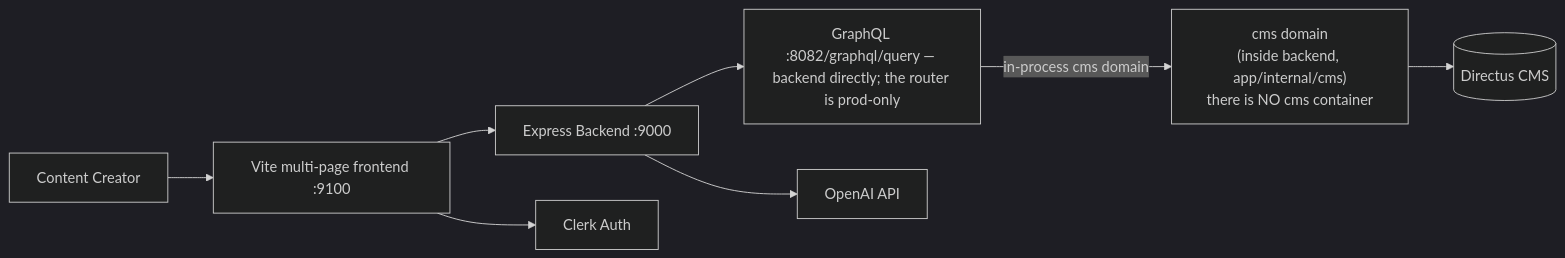
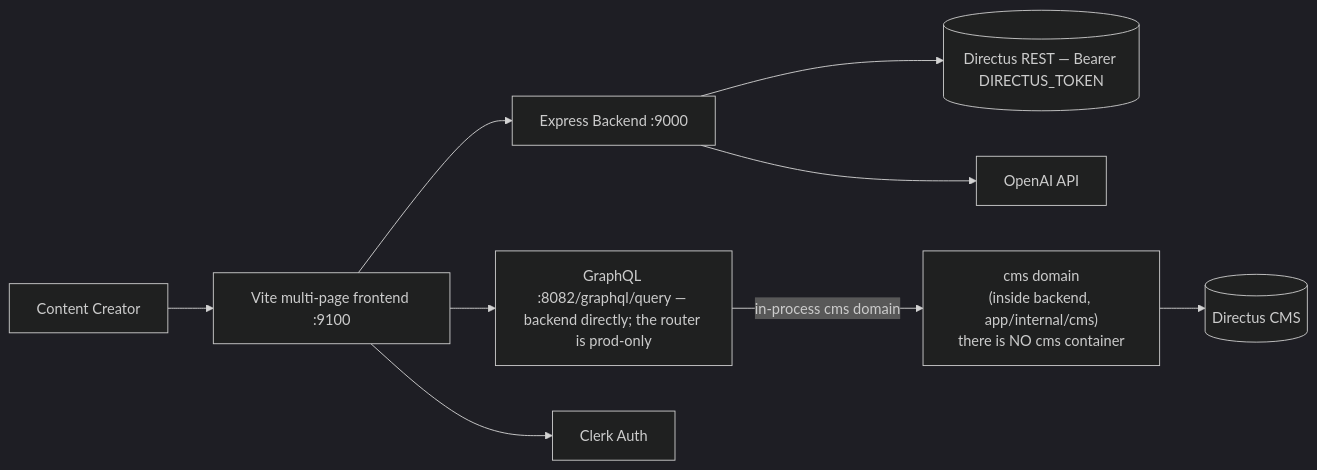
Before and after one commit to anthropos-work/rosetta: the diagram in corpus/services/studio-desk.md, drawn with Mermaid (dark theme). The commit also changed other lines of this file and 1 other file, not shown here.

````diff
--- a/corpus/services/studio-desk.md
+++ b/corpus/services/studio-desk.md
@@ -42,10 +55,11 @@
 ```mermaid
 graph LR
     User[Content Creator] --> Frontend[Vite multi-page frontend :9100]
     Frontend --> Backend[Express Backend :9000]
-    Backend --> GraphQL[GraphQL :8082/graphql/query — backend directly; the router is prod-only]
+    Frontend --> GraphQL[GraphQL :8082/graphql/query — backend directly; the router is prod-only]
+    Backend --> DirectusREST[(Directus REST — Bearer DIRECTUS_TOKEN)]
     Backend --> OpenAI[OpenAI API]
     Frontend --> Clerk[Clerk Auth]
     GraphQL -->|in-process cms domain| CMS["cms domain<br/>(inside backend, app/internal/cms)<br/>there is NO cms container"]
     CMS --> Directus[(Directus CMS)]
 ```
````
